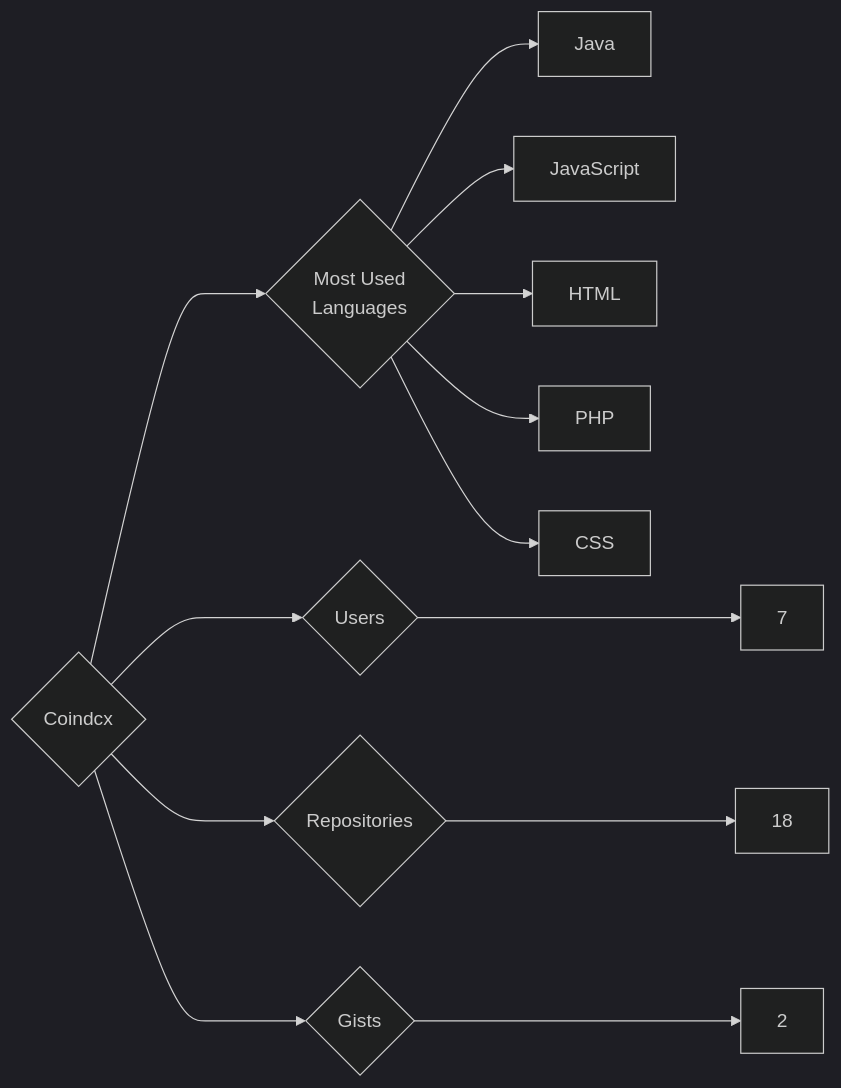
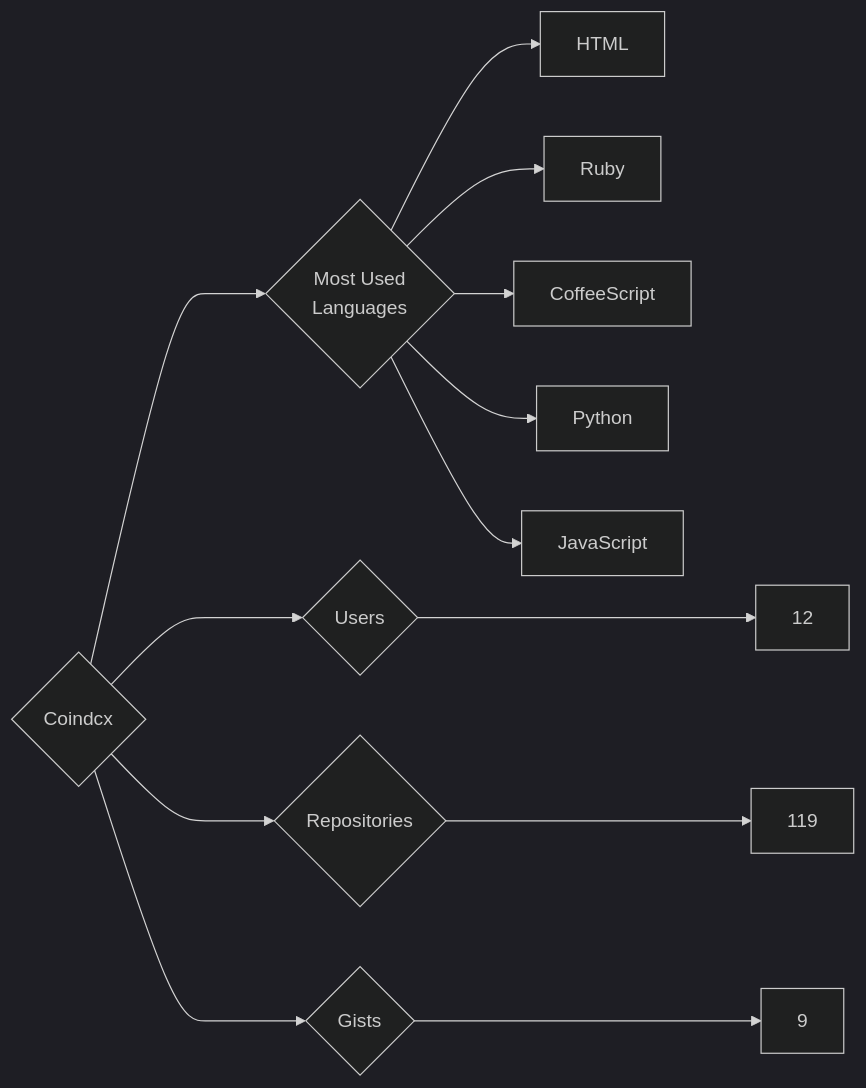
One commit to trickest/insiders changed the diagram in targets/Coindcx/README.md. Above: the diagram before and after it, drawn with Mermaid (dark theme). The commit also changed 859 other files, not shown here.

````diff
--- a/targets/Coindcx/README.md
+++ b/targets/Coindcx/README.md
@@ -3,13 +3,13 @@
 ```mermaid
 graph LR
 COMPANY_NAME{Coindcx}
-COMPANY_NAME ---> U{Users} ---> UN[7]
-COMPANY_NAME ---> R{Repositories} ---> RN[18]
-COMPANY_NAME ---> G{Gists} ---> GN[2]
+COMPANY_NAME ---> U{Users} ---> UN[12]
+COMPANY_NAME ---> R{Repositories} ---> RN[119]
+COMPANY_NAME ---> G{Gists} ---> GN[9]
 COMPANY_NAME ---> ML{Most Used<br>Languages}
-ML --> Java[Java]
+ML --> HTML[HTML]
+ML --> Ruby[Ruby]
+ML --> CoffeeScript[CoffeeScript]
+ML --> Python[Python]
 ML --> JavaScript[JavaScript]
-ML --> HTML[HTML]
-ML --> PHP[PHP]
-ML --> CSS[CSS]
 ```
````
